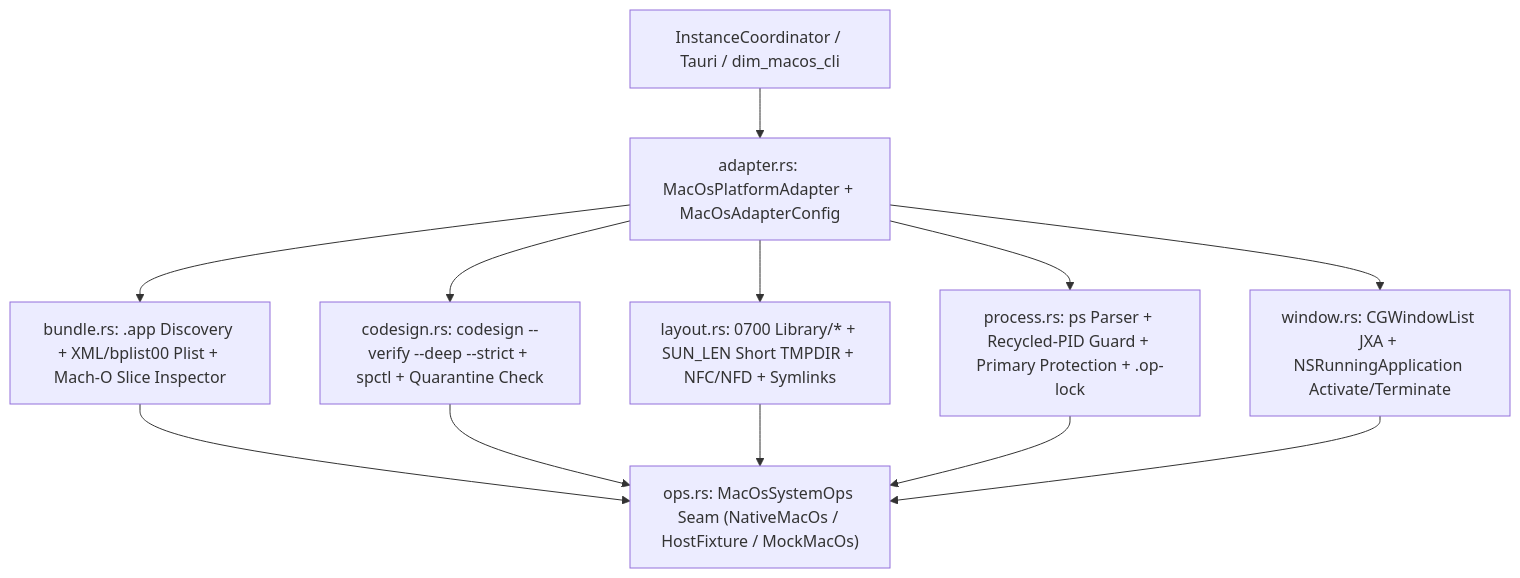
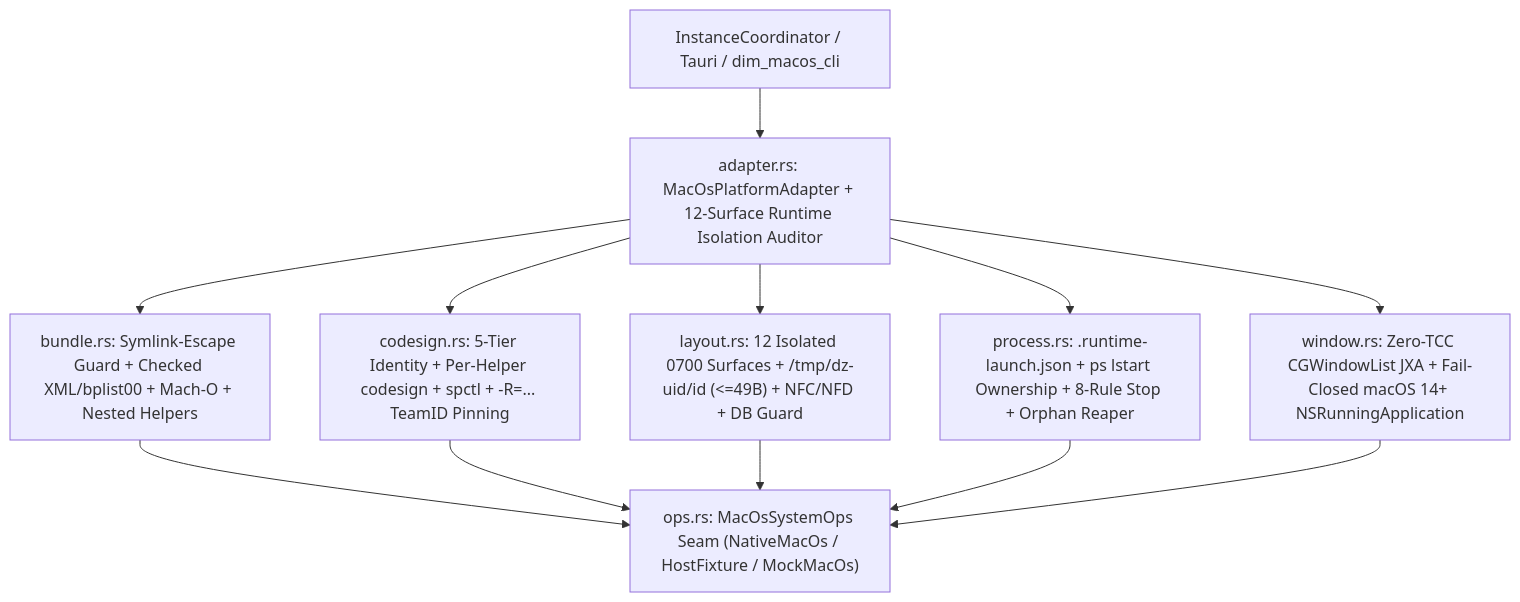
Before and after one commit to manhquydev/nexadock: the diagram in desktop-instance-manager/docs/platform/macos/implementation-report.md, drawn with Mermaid. The commit also changed other lines of this file and 17 other files, not shown here.

Commit message:
feat(platform-macos): harden 5-tier publisher trust, 12-surface isolation, lstart PID ownership, and macOS 14+ focus

````diff
--- a/desktop-instance-manager/docs/platform/macos/implementation-report.md
+++ b/desktop-instance-manager/docs/platform/macos/implementation-report.md
@@ -12,23 +17,23 @@
 ```mermaid
 flowchart TD
     Coord["InstanceCoordinator / Tauri / dim_macos_cli"]
-    Adapter["adapter.rs: MacOsPlatformAdapter + MacOsAdapterConfig"]
-    Bundle["bundle.rs: .app Discovery + XML/bplist00 Plist + Mach-O Slice Inspector"]
-    Sign["codesign.rs: codesign --verify --deep --strict + spctl + Quarantine Check"]
-    Layout["layout.rs: 0700 Library/* + SUN_LEN Short TMPDIR + NFC/NFD + Symlinks"]
-    Proc["process.rs: ps Parser + Recycled-PID Guard + Primary Protection + .op-lock"]
-    Win["window.rs: CGWindowList JXA + NSRunningApplication Activate/Terminate"]
+    Adapter["adapter.rs: MacOsPlatformAdapter + 12-Surface Runtime Isolation Auditor"]
+    Bundle["bundle.rs: Symlink-Escape Guard + Checked XML/bplist00 + Mach-O + Nested Helpers"]
+    Sign["codesign.rs: 5-Tier Identity + Per-Helper codesign + spctl + -R=... TeamID Pinning"]
+    Layout["layout.rs: 12 Isolated 0700 Surfaces + /tmp/dz-uid/id (<=49B) + NFC/NFD + DB Guard"]
+    Proc["process.rs: .runtime-launch.json + ps lstart Ownership + 8-Rule Stop + Orphan Reaper"]
+    Win["window.rs: Zero-TCC CGWindowList JXA + Fail-Closed macOS 14+ NSRunningApplication"]
     Ops["ops.rs: MacOsSystemOps Seam (NativeMacOs / HostFixture / MockMacOs)"]
 
     Coord --> Adapter
     Adapter --> Bundle
     Adapter --> Sign
     Adapter --> Layout
     Adapter --> Proc
     Adapter --> Win
     Bundle --> Ops
     Sign --> Ops
     Layout --> Ops
     Proc --> Ops
     Win --> Ops
 ```
````
